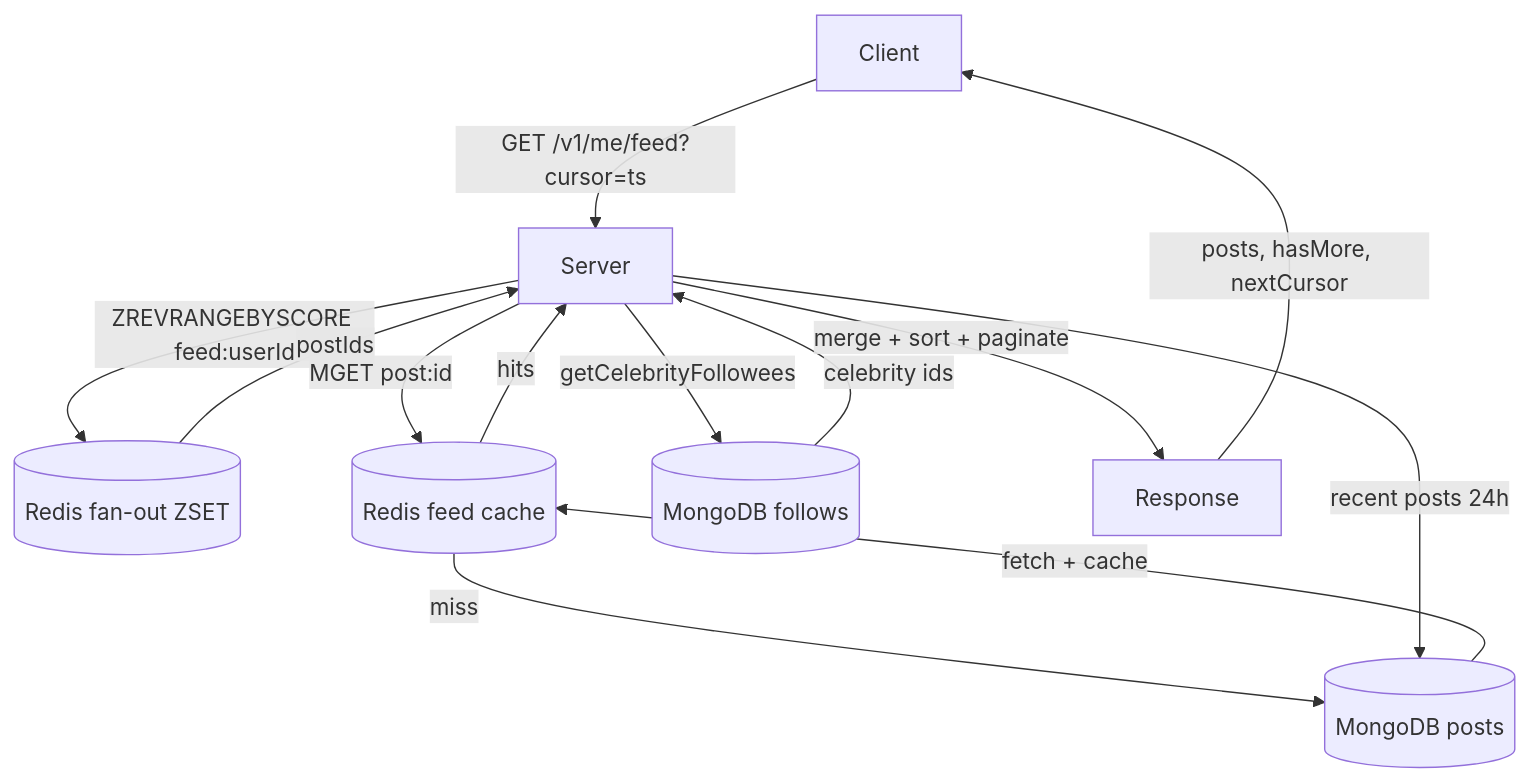
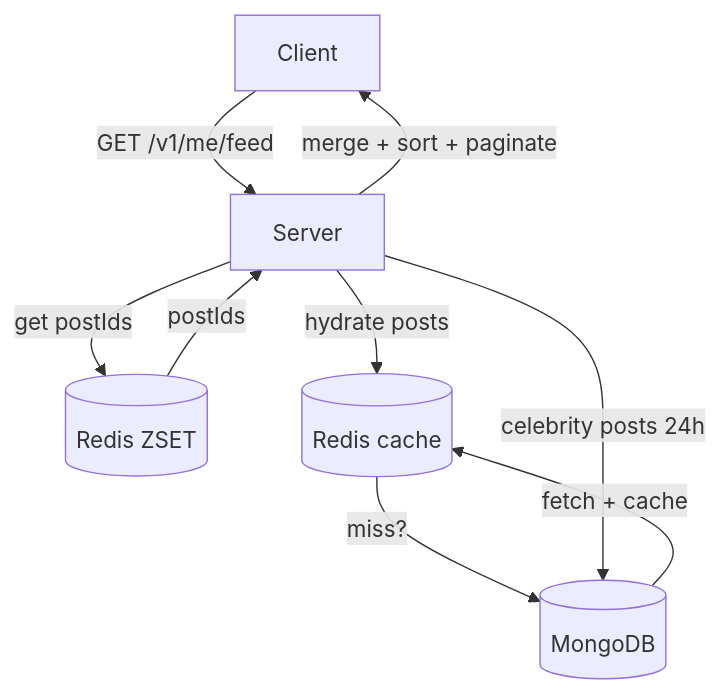
One commit to PrimeSlade/scalable-news-feed-system changed the second of 4 diagrams in README.md. Above: the diagram before and after it, drawn with Mermaid.

Commit message:
docs(readme): simplify read path flowchart

````diff
--- a/README.md
+++ b/README.md
@@ -41,15 +41,11 @@
 ```mermaid
 flowchart TD
-    Client -->|GET /v1/me/feed?cursor=ts| Server
-    Server -->|ZREVRANGEBYSCORE feed:userId| RedisZSET[(Redis fan-out ZSET)]
-    RedisZSET -->|postIds| Server
-    Server -->|MGET post:id| RedisCache[(Redis feed cache)]
-    RedisCache -->|hits| Server
-    RedisCache -->|miss| MongoPosts[(MongoDB posts)]
-    MongoPosts -->|fetch + cache| RedisCache
-    Server -->|getCelebrityFollowees| MongoFollows[(MongoDB follows)]
-    MongoFollows -->|celebrity ids| Server
-    Server -->|recent posts 24h| MongoPosts
-    Server -->|merge + sort + paginate| Result[Response]
-    Result -->|posts, hasMore, nextCursor| Client
+    Client -->|GET /v1/me/feed| Server
+    Server -->|get postIds| FanOut[(Redis ZSET)]
+    FanOut -->|postIds| Server
+    Server -->|hydrate posts| Cache[(Redis cache)]
+    Cache -->|miss?| DB[(MongoDB)]
+    DB -->|fetch + cache| Cache
+    Server -->|celebrity posts 24h| DB
+    Server -->|merge + sort + paginate| Client
 ```
````
